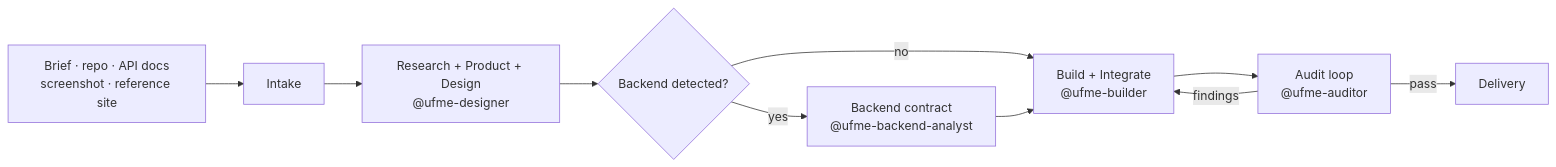
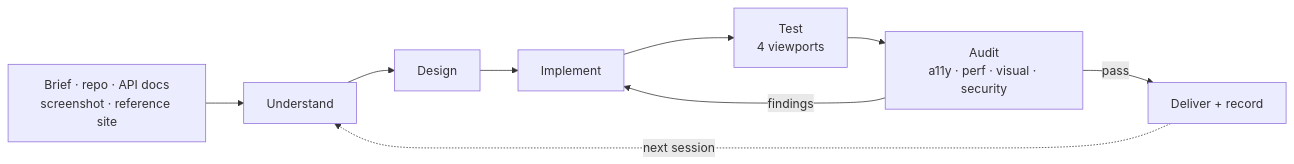
One commit to Paranthaman-K6/ufms changed the first of 2 diagrams in README.md. Above: the diagram before and after it, drawn with Mermaid. The commit also changed other lines of this file and 16 other files, not shown here.

````diff
--- a/README.md
+++ b/README.md
@@ -64,12 +29,11 @@
 ```mermaid
 flowchart LR
-    A[Brief · repo · API docs<br/>screenshot · reference site] --> B[Intake]
-    B --> C[Research + Product + Design<br/>@ufme-designer]
-    C --> D{Backend detected?}
-    D -- yes --> E[Backend contract<br/>@ufme-backend-analyst]
-    D -- no --> F
-    E --> F[Build + Integrate<br/>@ufme-builder]
-    F --> G[Audit loop<br/>@ufme-auditor]
-    G -- findings --> F
-    G -- pass --> H[Delivery]
+    A["Brief · repo · API docs<br/>screenshot · reference site"] --> B["Understand"]
+    B --> C["Design"]
+    C --> D["Implement"]
+    D --> E["Test<br/>4 viewports"]
+    E --> F["Audit<br/>a11y · perf · visual · security"]
+    F -- findings --> D
+    F -- pass --> G["Deliver + record"]
+    G -. next session .-> B
 ```
````
